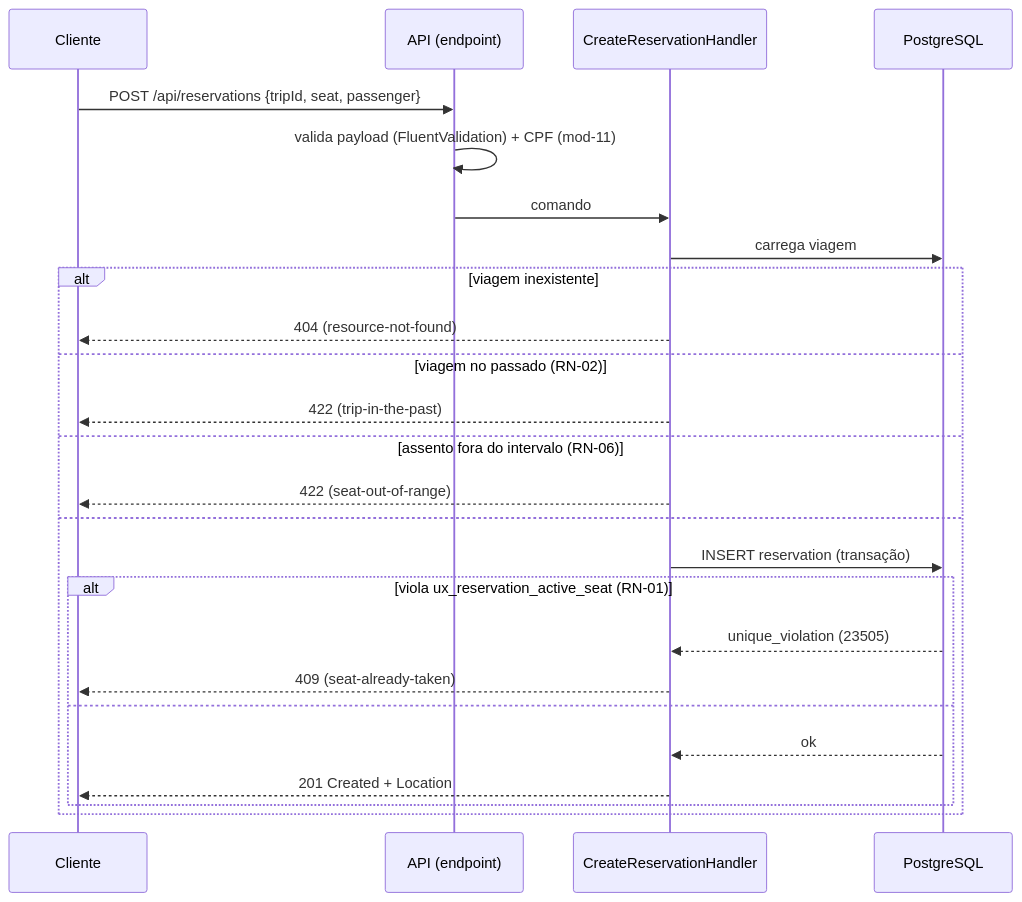
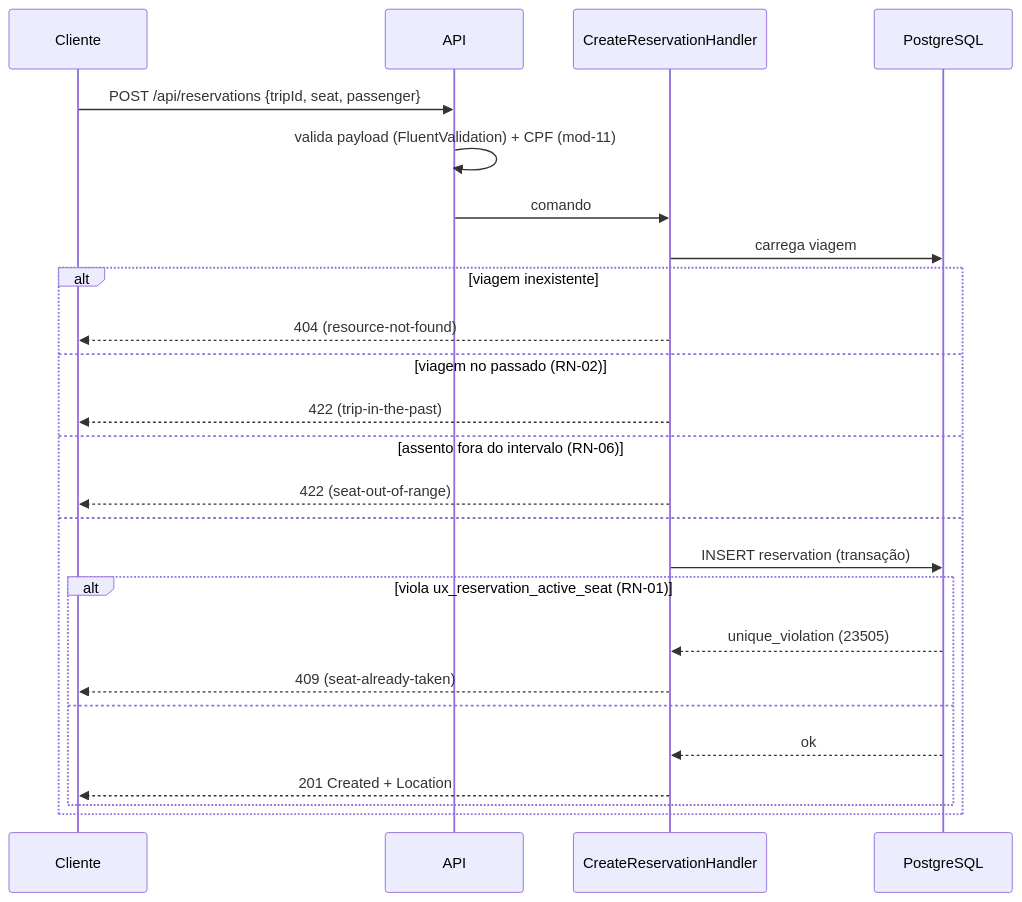
Before and after one commit to medinasp/OniBus-Express: the first of 3 diagrams in docs/plan.md, drawn with Mermaid. The commit also changed other lines of this file, not shown here.

Commit message:
docs: reforça a sintaxe dos diagramas para renderização robusta

````diff
--- a/docs/plan.md
+++ b/docs/plan.md
@@ -112,27 +112,27 @@
 ```mermaid
 sequenceDiagram
     participant C as Cliente
-    participant A as API (endpoint)
+    participant A as API
     participant H as CreateReservationHandler
     participant DB as PostgreSQL
     C->>A: POST /api/reservations {tripId, seat, passenger}
     A->>A: valida payload (FluentValidation) + CPF (mod-11)
     A->>H: comando
     H->>DB: carrega viagem
     alt viagem inexistente
         H-->>C: 404 (resource-not-found)
     else viagem no passado (RN-02)
         H-->>C: 422 (trip-in-the-past)
     else assento fora do intervalo (RN-06)
         H-->>C: 422 (seat-out-of-range)
     else
         H->>DB: INSERT reservation (transação)
         alt viola ux_reservation_active_seat (RN-01)
             DB-->>H: unique_violation (23505)
             H-->>C: 409 (seat-already-taken)
         else
             DB-->>H: ok
             H-->>C: 201 Created + Location
         end
     end
 ```
````
